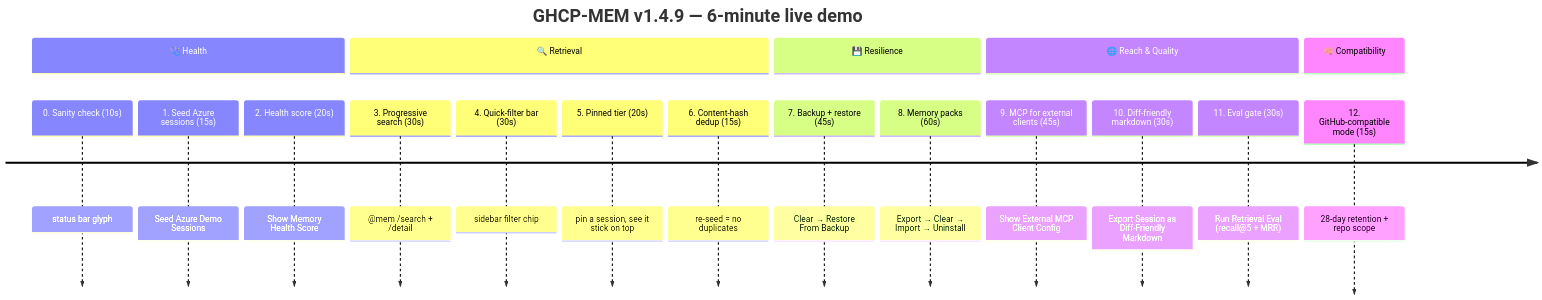
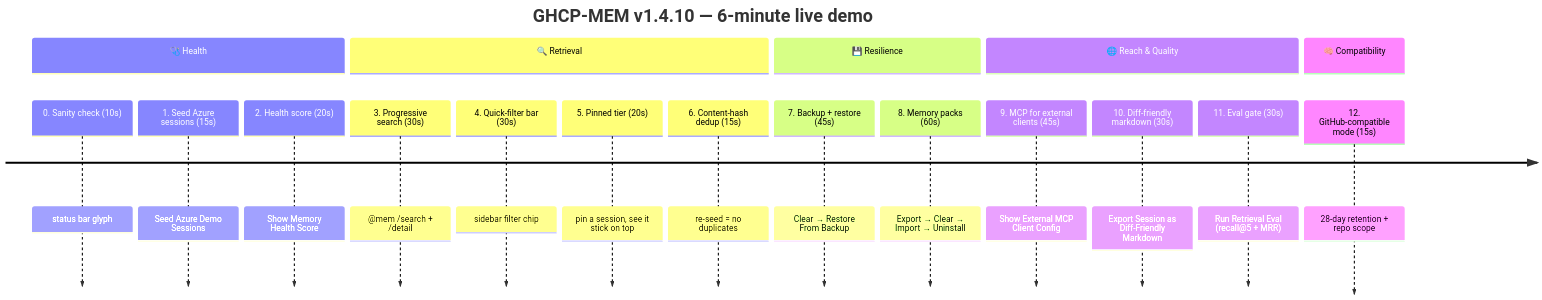
One commit to ITcredibl/ghcp-mem changed the first of 5 diagrams in docs/DEMO.md. Above: the diagram before and after it, drawn with Mermaid. The commit also changed other lines of this file and 4 other files, not shown here.

````diff
--- a/docs/DEMO.md
+++ b/docs/DEMO.md
@@ -20,22 +20,22 @@
 ```mermaid
 timeline
-    title GHCP-MEM v1.4.9 — 6-minute live demo
+    title GHCP-MEM v1.4.10 — 6-minute live demo
     section 🩺 Health
         0. Sanity check (10s)              : status bar glyph
         1. Seed Azure sessions (15s)       : Seed Azure Demo Sessions
         2. Health score (20s)              : Show Memory Health Score
     section 🔍 Retrieval
         3. Progressive search (30s)        : @mem /search + /detail
         4. Quick-filter bar (30s)          : sidebar filter chip
         5. Pinned tier (20s)               : pin a session, see it stick on top
         6. Content-hash dedup (15s)        : re-seed = no duplicates
     section 💾 Resilience
         7. Backup + restore (45s)          : Clear → Restore From Backup
         8. Memory packs (60s)              : Export → Clear → Import → Uninstall
     section 🌐 Reach & Quality
         9. MCP for external clients (45s)  : Show External MCP Client Config
         10. Diff-friendly markdown (30s)   : Export Session as Diff-Friendly Markdown
         11. Eval gate (30s)                : Run Retrieval Eval (recall@5 + MRR)
     section 🧠 Compatibility
         12. GitHub-compatible mode (15s)   : 28-day retention + repo scope
 ```
````
